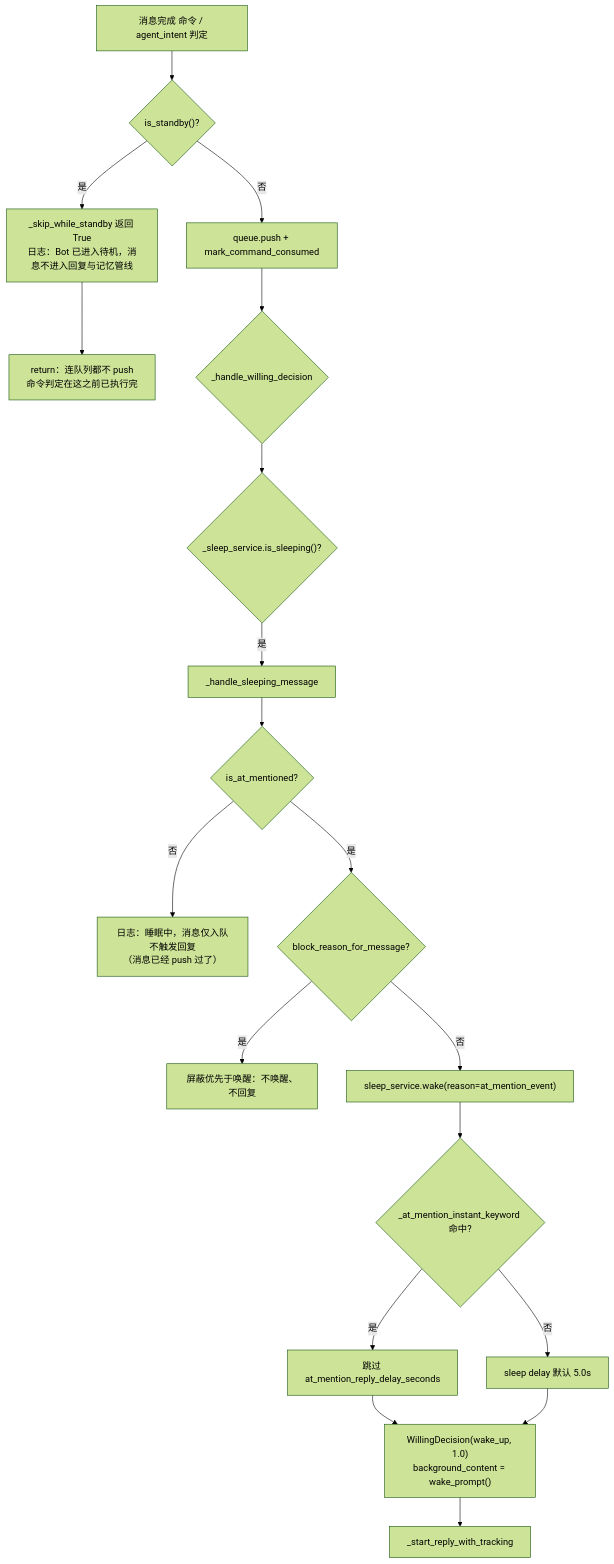
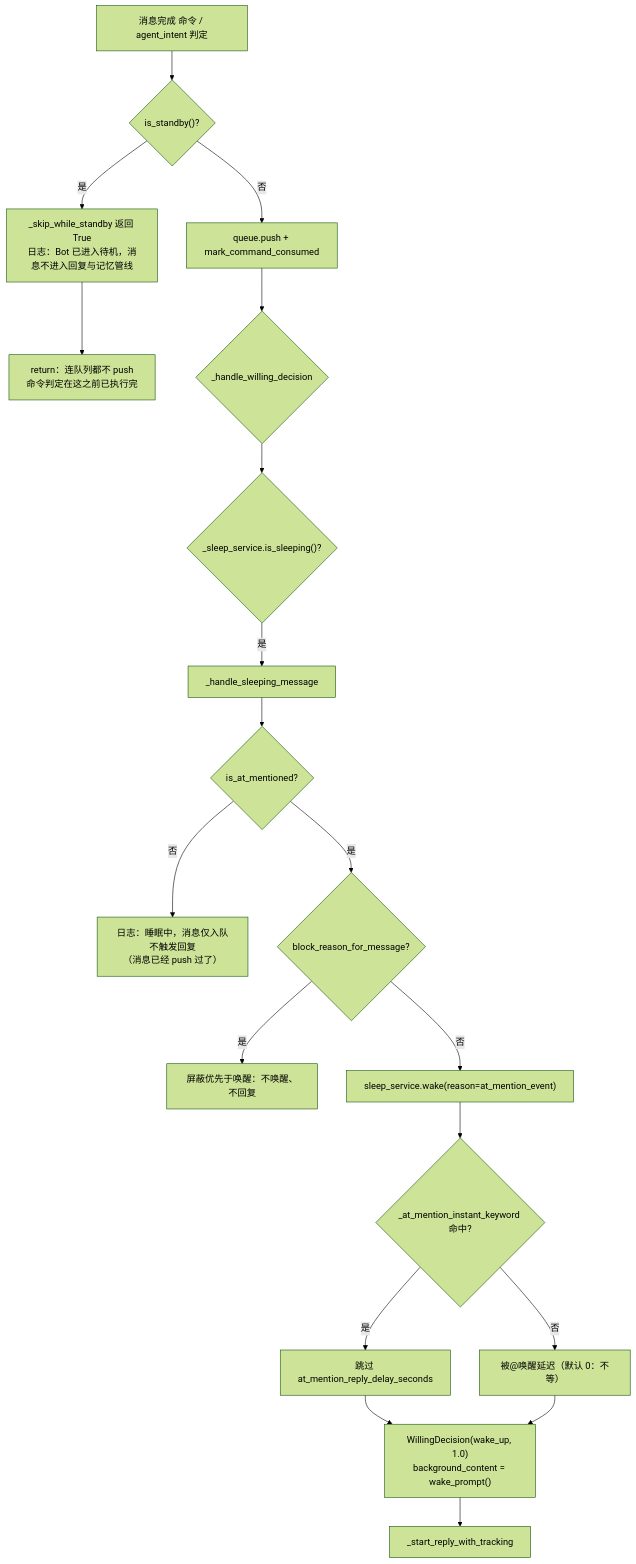
The eighth of 11 diagrams in docs/flow/02c-event-pipeline.md (SuperQuail/NeoBot), drawn with Mermaid (forest theme) before and after one commit. The commit also changed other lines of this file and 59 other files, not shown here.

First line of the commit message:
chore(release): 发布 1.2.4-a2（缺陷修复与图片、回复优化） (#79)

````diff
--- a/docs/flow/02c-event-pipeline.md
+++ b/docs/flow/02c-event-pipeline.md
@@ -309,21 +309,21 @@
 ```mermaid
 flowchart TD
     A["消息完成 命令 / agent_intent 判定"] --> B{"is_standby()?"}
     B -- 是 --> B1["_skip_while_standby 返回 True<br/>日志：Bot 已进入待机，消息不进入回复与记忆管线"]
     B1 --> B2["return：连队列都不 push<br/>命令判定在这之前已执行完"]
     B -- 否 --> C["queue.push + mark_command_consumed"]
     C --> D{"_handle_willing_decision"}
     D --> E{"_sleep_service.is_sleeping()?"}
     E -- 是 --> F["_handle_sleeping_message"]
     F --> G{"is_at_mentioned?"}
     G -- 否 --> G1["日志：睡眠中，消息仅入队不触发回复<br/>（消息已经 push 过了）"]
     G -- 是 --> H{"block_reason_for_message?"}
     H -- 是 --> H1["屏蔽优先于唤醒：不唤醒、不回复"]
     H -- 否 --> I["sleep_service.wake(reason=at_mention_event)"]
     I --> J{"_at_mention_instant_keyword 命中?"}
     J -- 是 --> J1["跳过 at_mention_reply_delay_seconds"]
-    J -- 否 --> J2["sleep delay 默认 5.0s"]
+    J -- 否 --> J2["被@唤醒延迟（默认 0：不等）"]
     J1 --> K["WillingDecision(wake_up, 1.0)<br/>background_content = wake_prompt()"]
     J2 --> K
     K --> L["_start_reply_with_tracking"]
 ```
````
